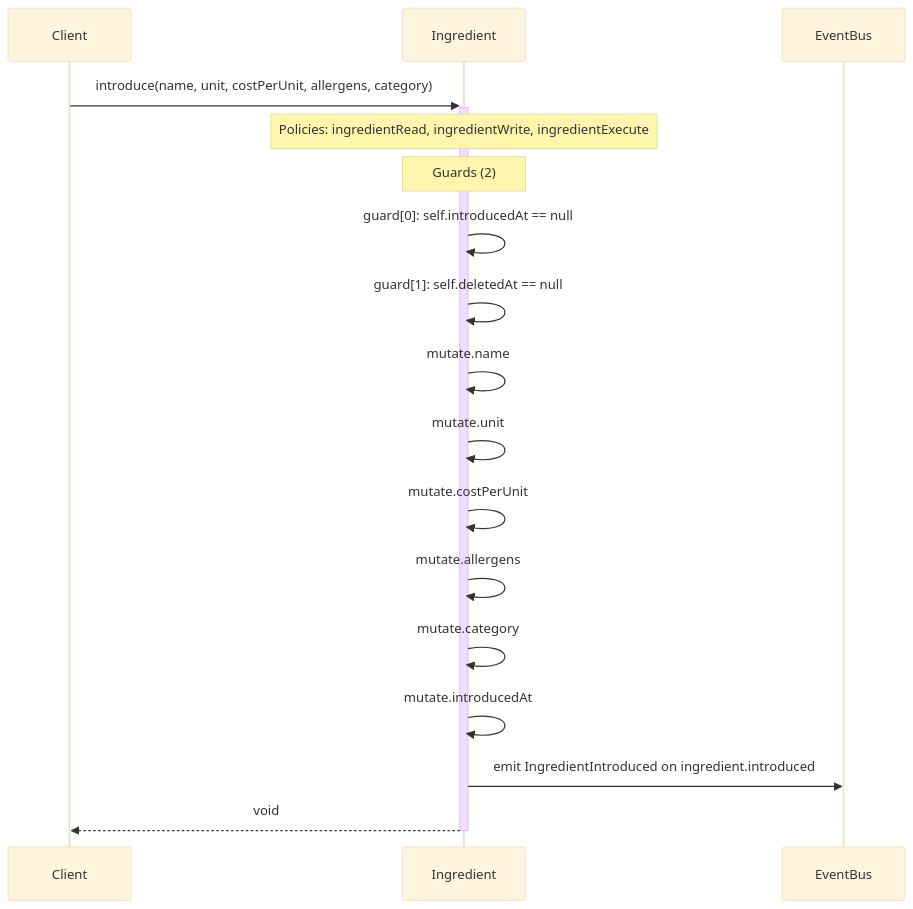
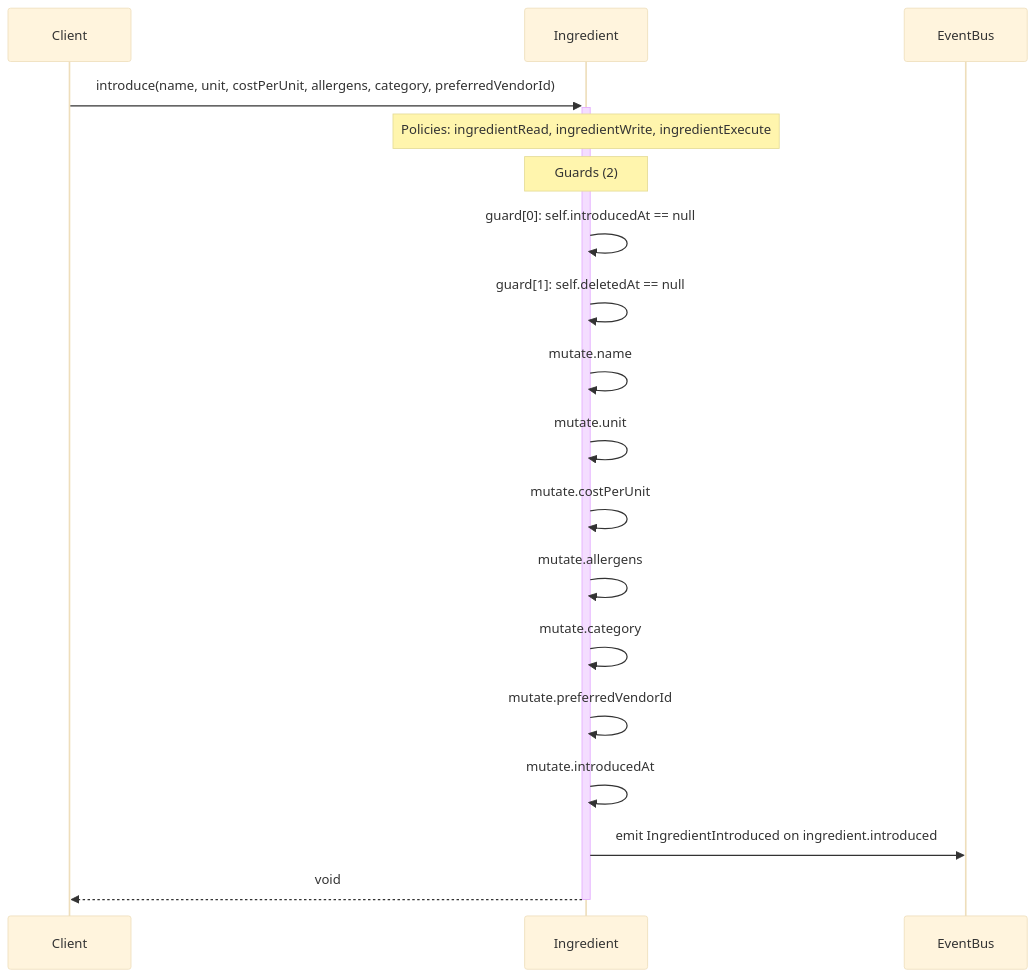
Before and after one commit to Angriff36/capsule: the diagram in diagrams/sequence-Ingredient-introduce.mmd, drawn with Mermaid (base theme). The commit also changed 92 other files, not shown here.

```diff
--- a/diagrams/sequence-Ingredient-introduce.mmd
+++ b/diagrams/sequence-Ingredient-introduce.mmd
@@ -1,17 +1,18 @@
 sequenceDiagram
     participant Client
     participant Ingredient as Ingredient
     participant EventBus
-    Client->>+Ingredient: introduce(name, unit, costPerUnit, allergens, category)
+    Client->>+Ingredient: introduce(name, unit, costPerUnit, allergens, category, preferredVendorId)
     Note over Ingredient: Policies: ingredientRead, ingredientWrite, ingredientExecute
     Note over Ingredient: Guards (2)
     Ingredient->>Ingredient: guard[0]: self.introducedAt == null
     Ingredient->>Ingredient: guard[1]: self.deletedAt == null
     Ingredient->>Ingredient: mutate.name
     Ingredient->>Ingredient: mutate.unit
     Ingredient->>Ingredient: mutate.costPerUnit
     Ingredient->>Ingredient: mutate.allergens
     Ingredient->>Ingredient: mutate.category
+    Ingredient->>Ingredient: mutate.preferredVendorId
     Ingredient->>Ingredient: mutate.introducedAt
     Ingredient->>EventBus: emit IngredientIntroduced on ingredient.introduced
     Ingredient-->>-Client: void
```
